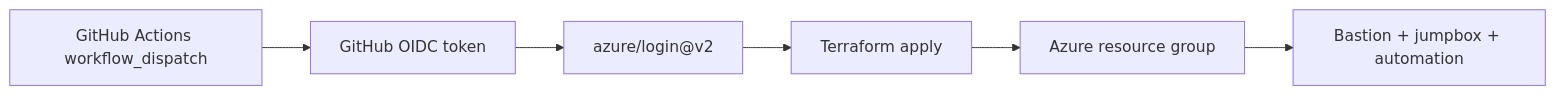
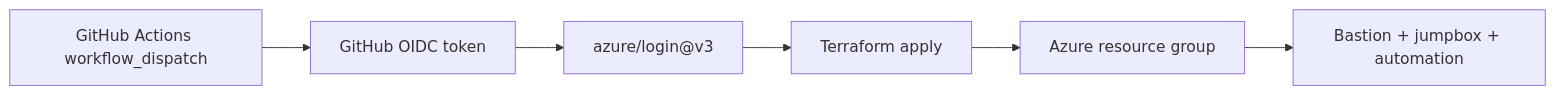
Before and after one commit to bcgov/eo-dmi-alz-fabric-tunnel: the sixth of 7 diagrams in README.md, drawn with Mermaid. The commit also changed other lines of this file and 2 other files, not shown here.

````diff
--- a/README.md
+++ b/README.md
@@ -254,11 +301,11 @@
 ```mermaid
 flowchart LR
   gha["GitHub Actions workflow_dispatch"]
   oidc["GitHub OIDC token"]
-  azureLogin["azure/login@v2"]
+  azureLogin["azure/login@v3"]
   terraform["Terraform apply"]
   rg["Azure resource group"]
   resources["Bastion + jumpbox + automation"]
 
     gha --> oidc --> azureLogin --> terraform --> rg --> resources
 ```
````
